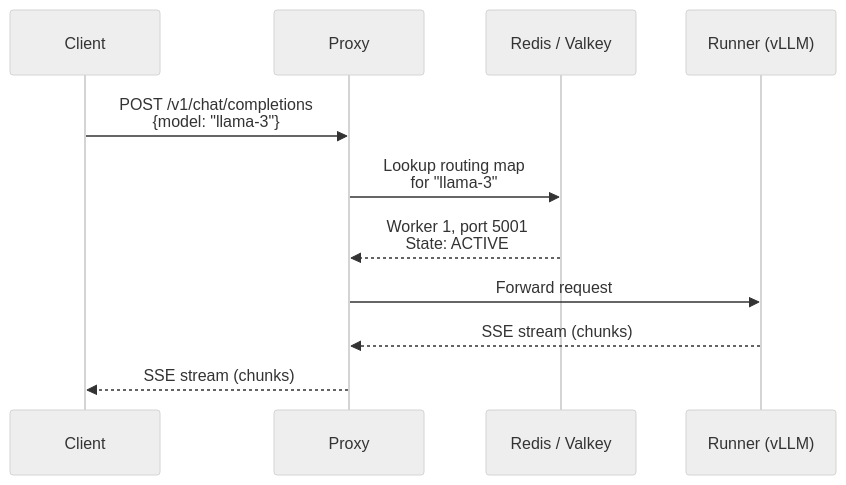
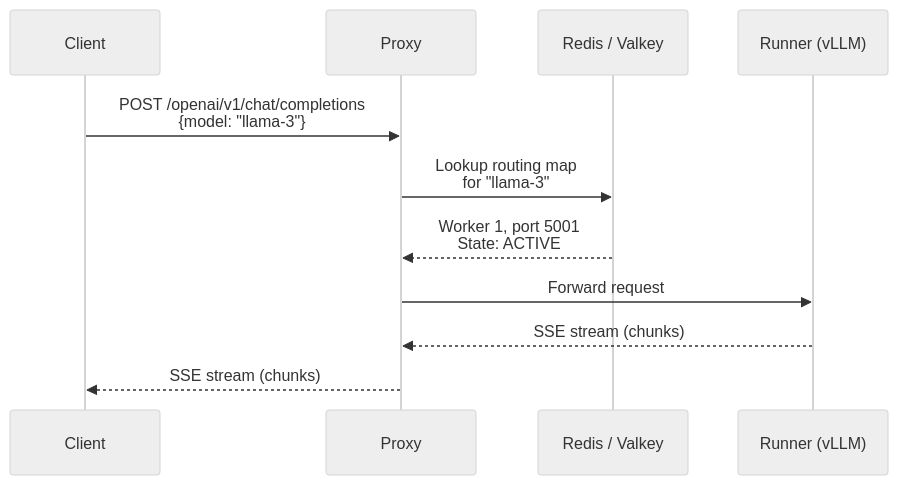
The fifth of 11 diagrams in docs/architecture/overview.md (rh-aiservices-bu/school-of-sardeenz), drawn with Mermaid (neutral theme) before and after one commit. The commit also changed other lines of this file and 124 other files, not shown here.

````diff
--- a/docs/architecture/overview.md
+++ b/docs/architecture/overview.md
@@ -338,14 +343,14 @@
 ```mermaid
 sequenceDiagram
     participant Client
     participant Proxy
     participant Redis as Redis / Valkey
     participant Runner as Runner (vLLM)
 
-    Client->>Proxy: POST /v1/chat/completions<br/>{model: "llama-3"}
+    Client->>Proxy: POST /openai/v1/chat/completions<br/>{model: "llama-3"}
     Proxy->>Redis: Lookup routing map<br/>for "llama-3"
     Redis-->>Proxy: Worker 1, port 5001<br/>State: ACTIVE
     Proxy->>Runner: Forward request
     Runner-->>Proxy: SSE stream (chunks)
     Proxy-->>Client: SSE stream (chunks)
 ```
````
